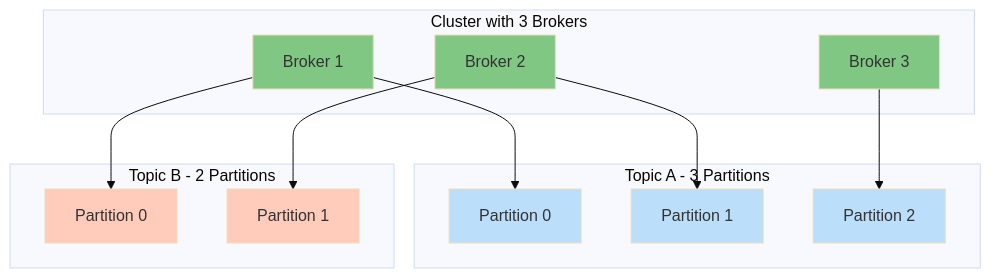
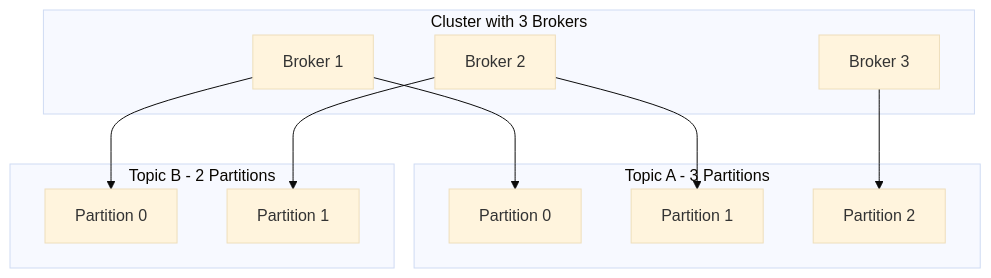
Diagram 16 of 26 in docs/tutorials/kafka-getting-started.md (mombe090/techdocs), drawn with Mermaid (base theme) before and after one commit. The commit also changed other lines of this file and 11 other files, not shown here.

First line of the commit message:
style: remove hardcoded Mermaid diagram colors for dark mode compatibility

````diff
--- a/docs/tutorials/kafka-getting-started.md
+++ b/docs/tutorials/kafka-getting-started.md
@@ -513,28 +462,20 @@
 ```mermaid
 graph TB
     subgraph "Cluster with 3 Brokers"
     B1[Broker 1]
     B2[Broker 2]
     B3[Broker 3]
     end
 
     subgraph "Topic A - 3 Partitions"
     B1 --> TA0[Partition 0]
     B2 --> TA1[Partition 1]
     B3 --> TA2[Partition 2]
     end
 
     subgraph "Topic B - 2 Partitions"
     B1 --> TB0[Partition 0]
     B2 --> TB1[Partition 1]
     end
 
-    style B1 fill:#81c784
-    style B2 fill:#81c784
-    style B3 fill:#81c784
-    style TA0 fill:#bbdefb
-    style TA1 fill:#bbdefb
-    style TA2 fill:#bbdefb
-    style TB0 fill:#ffccbc
-    style TB1 fill:#ffccbc
 ```
````
